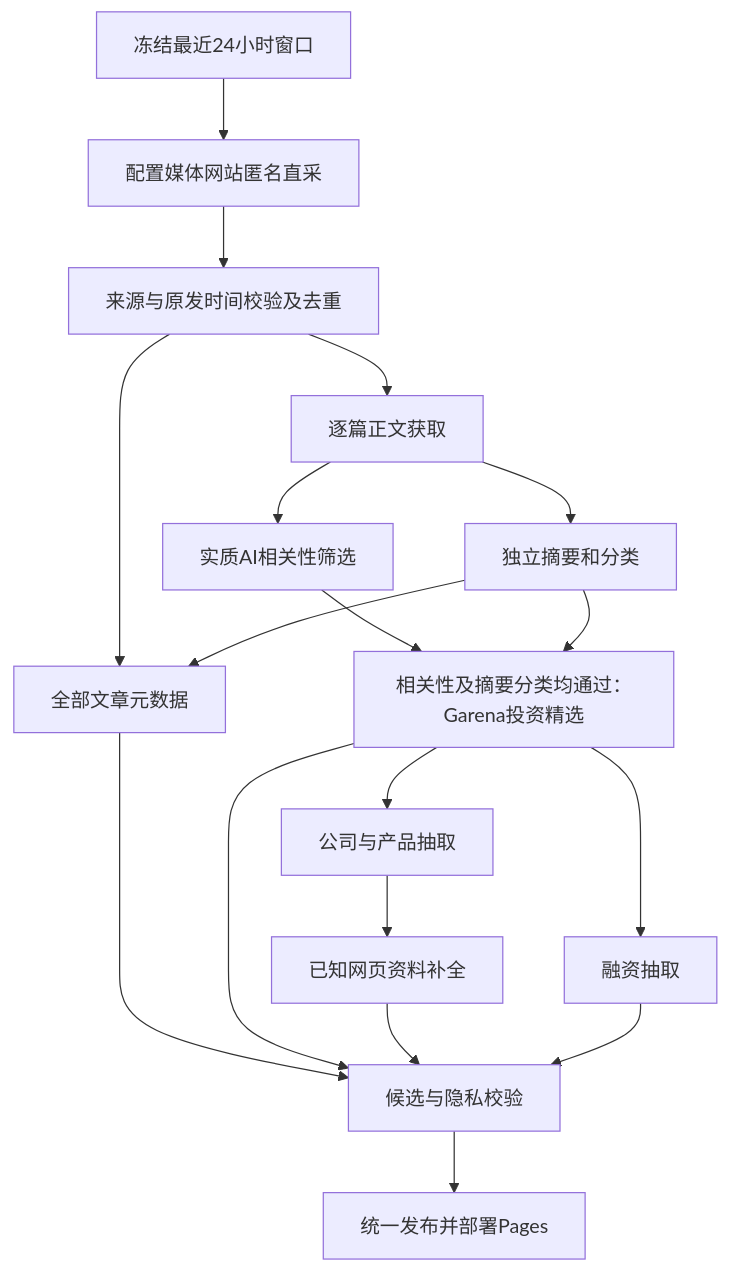
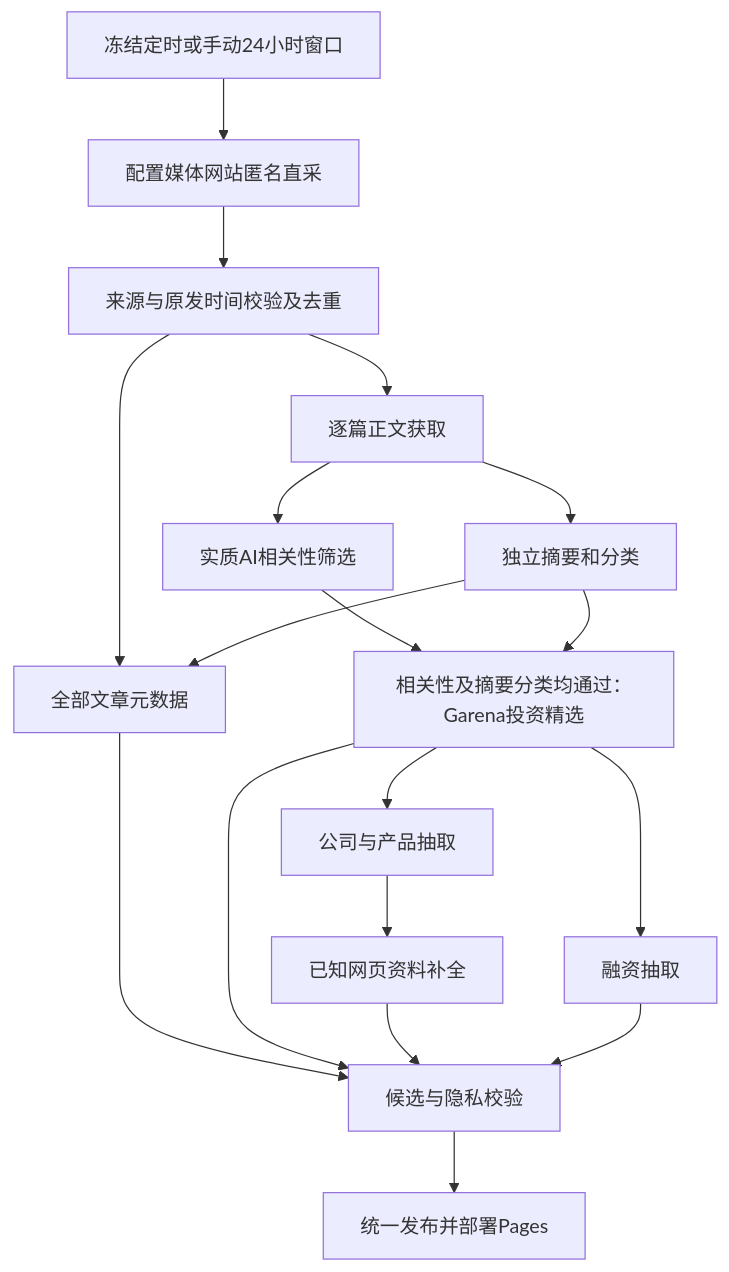
One commit to hfshooting-alt/AI-HOT changed the diagram in docs/architecture/UNIFIED_NEWS_PIPELINE.md. Above: the diagram before and after it, drawn with Mermaid. The commit also changed other lines of this file and 22 other files, not shown here.

````diff
--- a/docs/architecture/UNIFIED_NEWS_PIPELINE.md
+++ b/docs/architecture/UNIFIED_NEWS_PIPELINE.md
@@ -34,20 +34,20 @@
 ```mermaid
 flowchart TD
-    Start[冻结最近24小时窗口] --> Direct[配置媒体网站匿名直采]
+    Start[冻结定时或手动24小时窗口] --> Direct[配置媒体网站匿名直采]
     Direct --> Gate[来源与原发时间校验及去重]
     Gate --> All[全部文章元数据]
     Gate --> Body[逐篇正文获取]
     Body --> Relevance[实质AI相关性筛选]
     Body --> Label[独立摘要和分类]
     Label --> All
     Relevance --> Selected[相关性及摘要分类均通过：Garena投资精选]
     Label --> Selected
     Selected --> Company[公司与产品抽取]
     Company --> Research[已知网页资料补全]
     Selected --> Funding[融资抽取]
     All --> Review[候选与隐私校验]
     Selected --> Review
     Research --> Review
     Funding --> Review
     Review --> Publish[统一发布并部署Pages]
 ```
````
